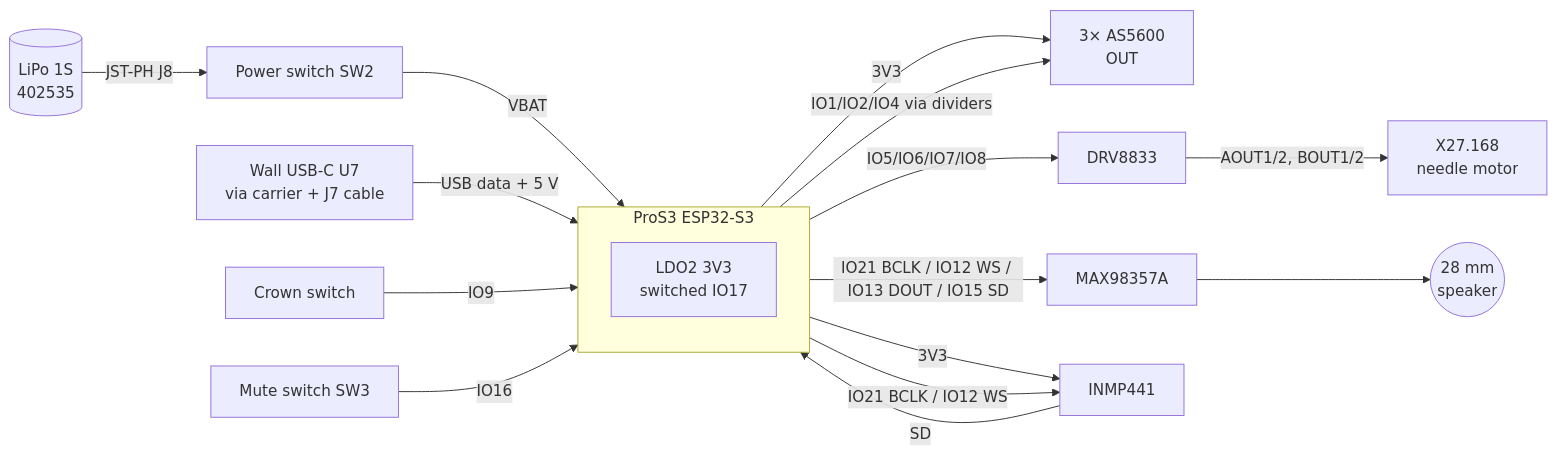
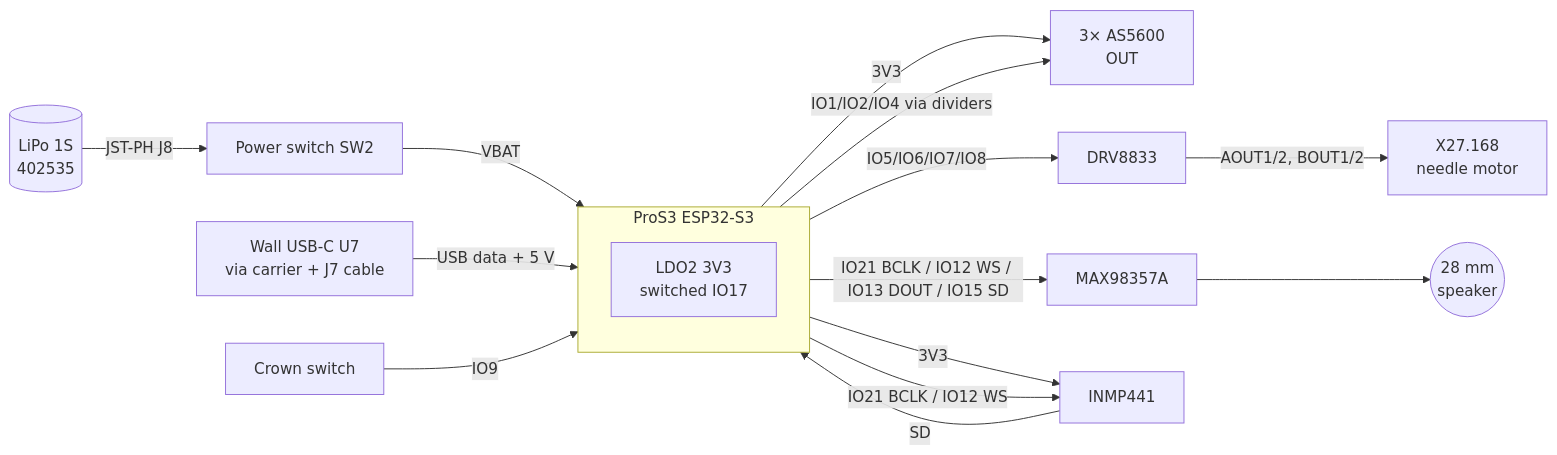
One commit to Kixantrix/alethiometer changed the diagram in hardware/WIRING.md. Above: the diagram before and after it, drawn with Mermaid. The commit also changed other lines of this file and 87 other files, not shown here.

First line of the commit message:
Mute by crown gesture, one recessed power switch, USB-C opening hugs the port

````diff
--- a/hardware/WIRING.md
+++ b/hardware/WIRING.md
@@ -13,20 +13,19 @@
 ```mermaid
 flowchart LR
   BAT[(LiPo 1S<br/>402535)] -- JST-PH J8 --> PWR[Power switch SW2] -- VBAT --> MCU
   USBC[Wall USB-C U7<br/>via carrier + J7 cable] -- USB data + 5 V --> MCU
   subgraph MCU[ProS3 ESP32-S3]
     direction TB
     LDO2[LDO2 3V3<br/>switched IO17]
   end
   MCU -- IO1/IO2/IO4 via dividers --> HALL[3× AS5600<br/>OUT]
   LDO2 -- 3V3 --> HALL
   MCU -- IO5/IO6/IO7/IO8 --> DRV[DRV8833]
   DRV -- AOUT1/2, BOUT1/2 --> X27[X27.168<br/>needle motor]
   MCU -- IO21 BCLK / IO12 WS / IO13 DOUT / IO15 SD --> AMP[MAX98357A]
   AMP --> SPK((28 mm<br/>speaker))
   MIC[INMP441] -- SD --> MCU
   MCU -- IO21 BCLK / IO12 WS --> MIC
   LDO2 -- 3V3 --> MIC
   CROWN[Crown switch] -- IO9 --> MCU
-  MUTE[Mute switch SW3] -- IO16 --> MCU
 ```
````
